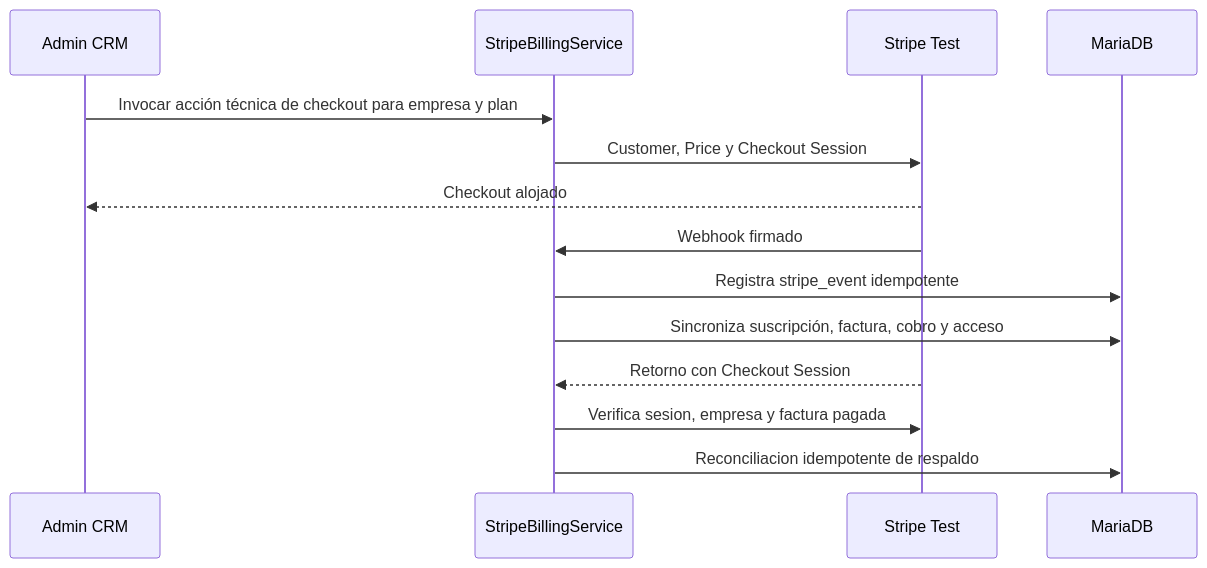
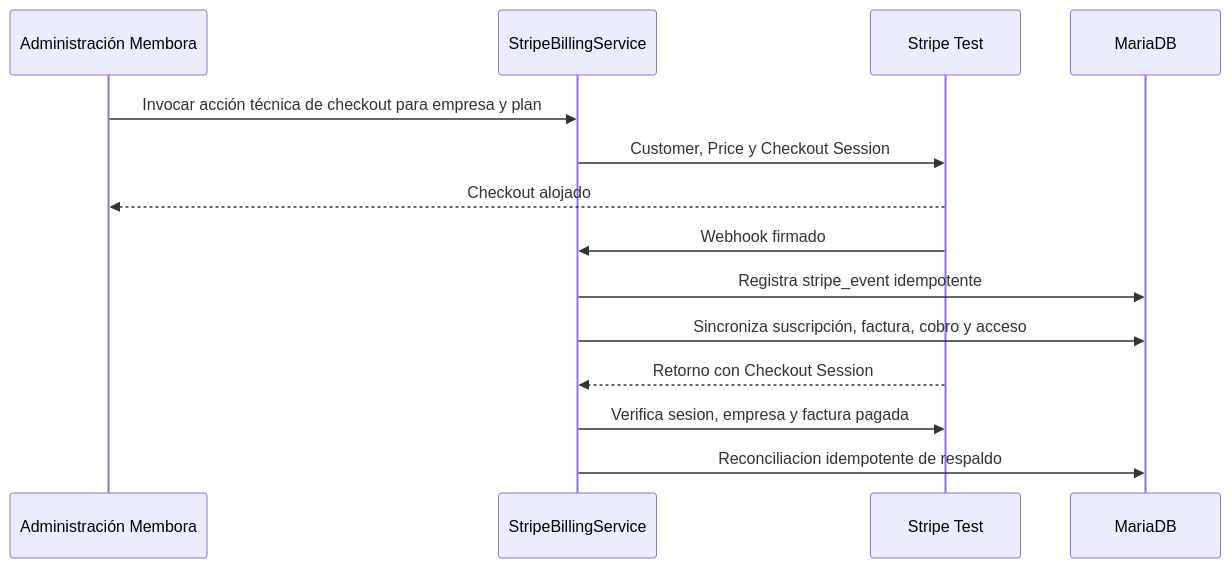
The seventh of 8 diagrams in docs/18-arquitectura-y-flujos.md (Jacketring/Membora-CRM), drawn with Mermaid before and after one commit. The commit also changed other lines of this file and 70 other files, not shown here.

````diff
--- a/docs/18-arquitectura-y-flujos.md
+++ b/docs/18-arquitectura-y-flujos.md
@@ -108,16 +108,16 @@
 ```mermaid
 sequenceDiagram
-    participant A as Admin CRM
+    participant A as Administración Membora
     participant CRM as StripeBillingService
     participant S as Stripe Test
     participant DB as MariaDB
     A->>CRM: Invocar acción técnica de checkout para empresa y plan
     CRM->>S: Customer, Price y Checkout Session
     S-->>A: Checkout alojado
     S->>CRM: Webhook firmado
     CRM->>DB: Registra stripe_event idempotente
     CRM->>DB: Sincroniza suscripción, factura, cobro y acceso
     S-->>CRM: Retorno con Checkout Session
     CRM->>S: Verifica sesion, empresa y factura pagada
     CRM->>DB: Reconciliacion idempotente de respaldo
 ```
````
